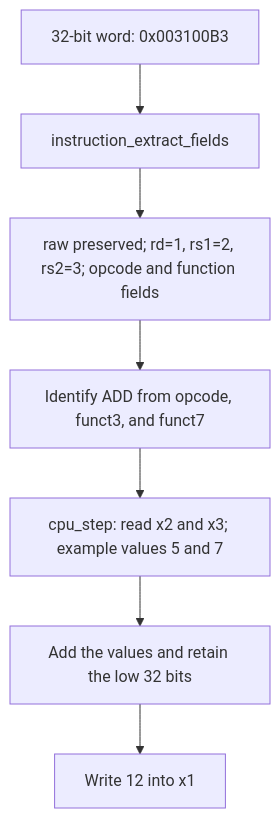
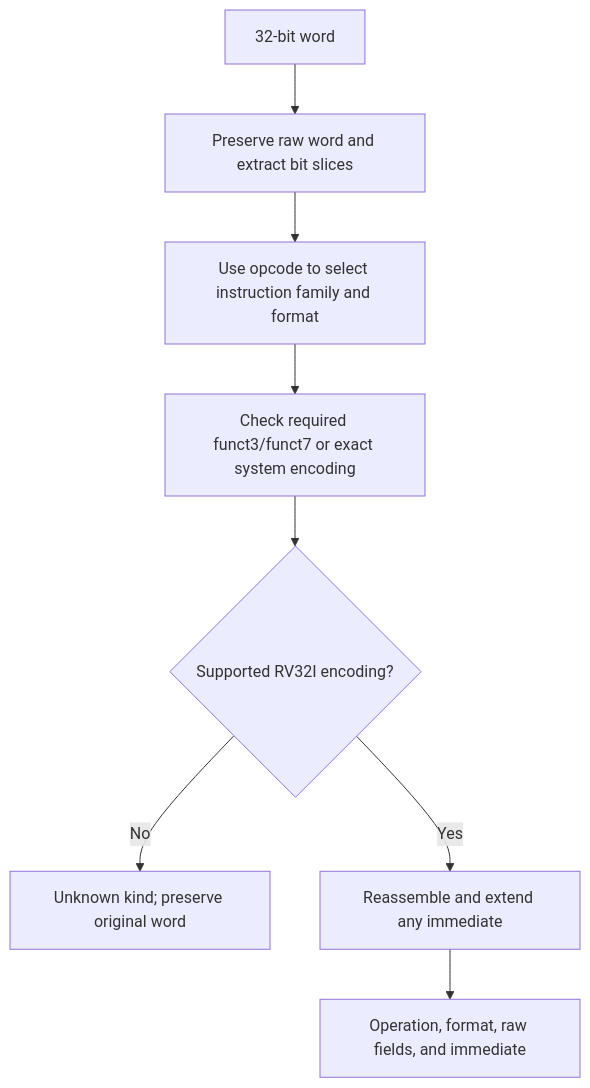
Before and after one commit to IcaroRamosDM/riscv32-simulator: the sixth of 12 diagrams in docs/FLOWCHARTS.md, drawn with Mermaid. The commit also changed other lines of this file and 33 other files, not shown here.

````diff
--- a/docs/FLOWCHARTS.md
+++ b/docs/FLOWCHARTS.md
@@ -169,9 +120,10 @@
 ```mermaid
 flowchart TD
-    WORD["32-bit word: 0x003100B3"] --> EXTRACT["instruction_extract_fields"]
-    EXTRACT --> FIELDS["raw preserved; rd=1, rs1=2, rs2=3; opcode and function fields"]
-    FIELDS --> IDENTIFY["Identify ADD from opcode, funct3, and funct7"]
-    IDENTIFY --> READ["cpu_step: read x2 and x3; example values 5 and 7"]
-    READ --> ADD["Add the values and retain the low 32 bits"]
-    ADD --> WRITE["Write 12 into x1"]
+    WORD["32-bit word"] --> RAW["Preserve raw word and extract bit slices"]
+    RAW --> OPCODE["Use opcode to select instruction family and format"]
+    OPCODE --> SELECT["Check required funct3/funct7 or exact system encoding"]
+    SELECT --> VALID{"Supported RV32I encoding?"}
+    VALID -->|No| UNKNOWN["Unknown kind; preserve original word"]
+    VALID -->|Yes| IMM["Reassemble and extend any immediate"]
+    IMM --> DECODED["Operation, format, raw fields, and immediate"]
 ```
````
